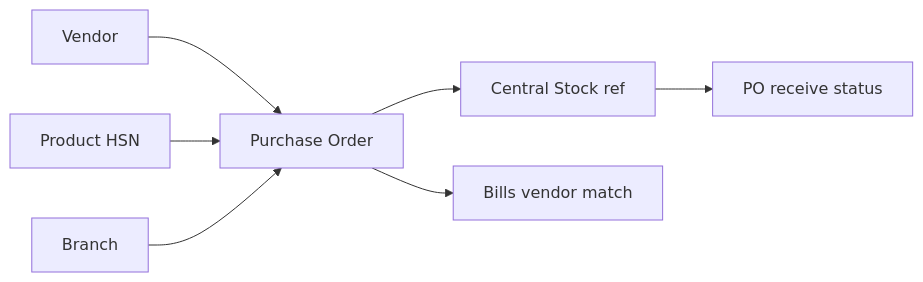
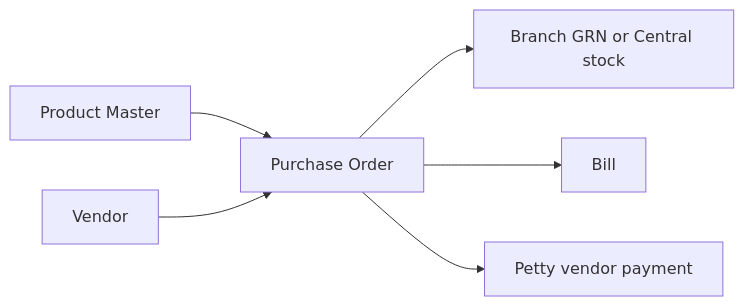
The ninth of 10 diagrams in v0_final_docs/purchase-order-management.md (Aurifex-Innovations/ERP_docs), drawn with Mermaid before and after one commit. The commit also changed other lines of this file, not shown here.

````diff
--- a/v0_final_docs/purchase-order-management.md
+++ b/v0_final_docs/purchase-order-management.md
@@ -521,9 +491,8 @@
 ```mermaid
 flowchart LR
-  vendor["Vendor"] --> po["Purchase Order"]
-  product["Product HSN"] --> po
-  branch["Branch"] --> po
-  po --> stock["Central Stock ref"]
-  stock --> poStatus["PO receive status"]
-  po --> bills["Bills vendor match"]
+  product["Product Master"] --> po["Purchase Order"]
+  vendor["Vendor"] --> po
+  po --> grn["Branch GRN or Central stock"]
+  po --> bill["Bill"]
+  po --> petty["Petty vendor payment"]
 ```
````
